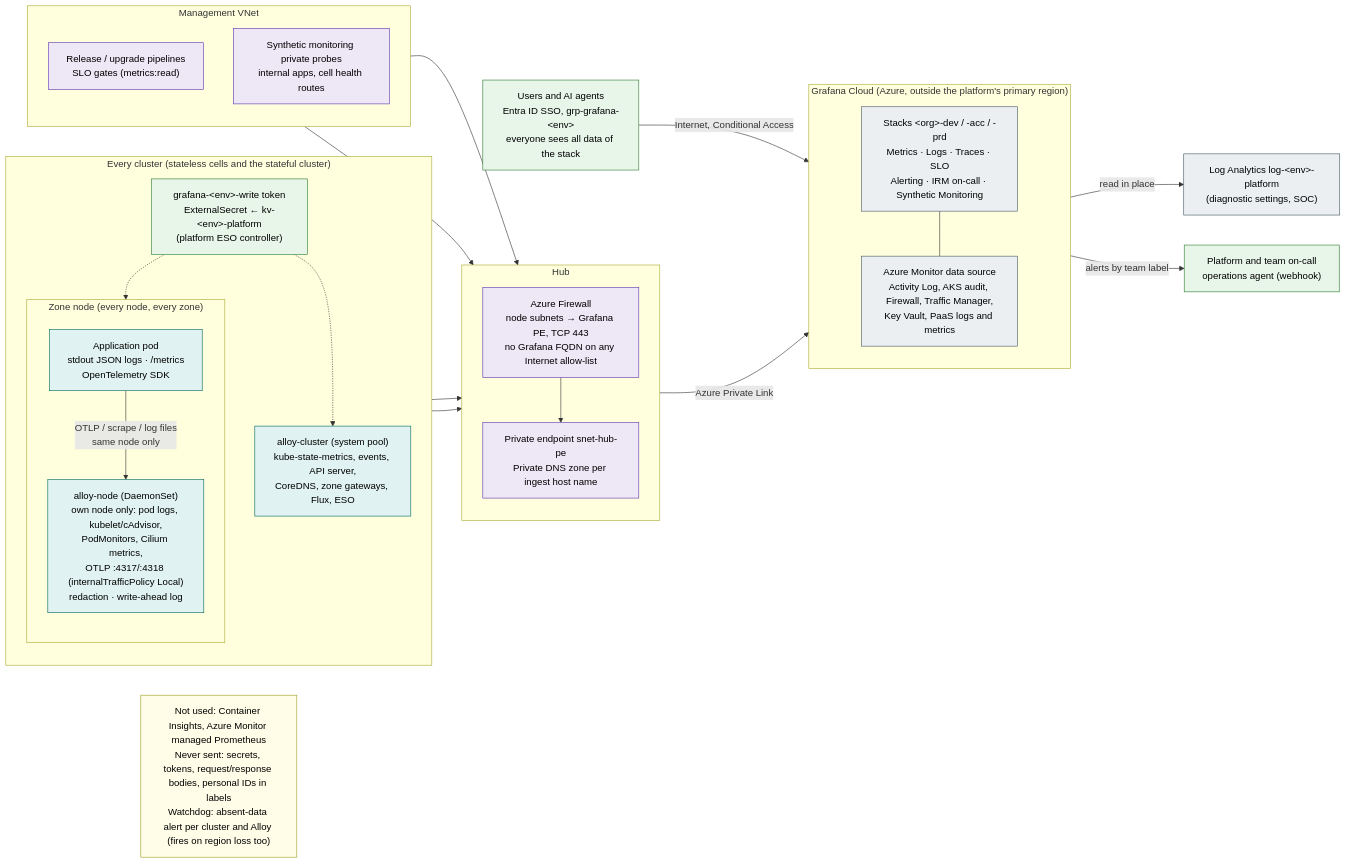
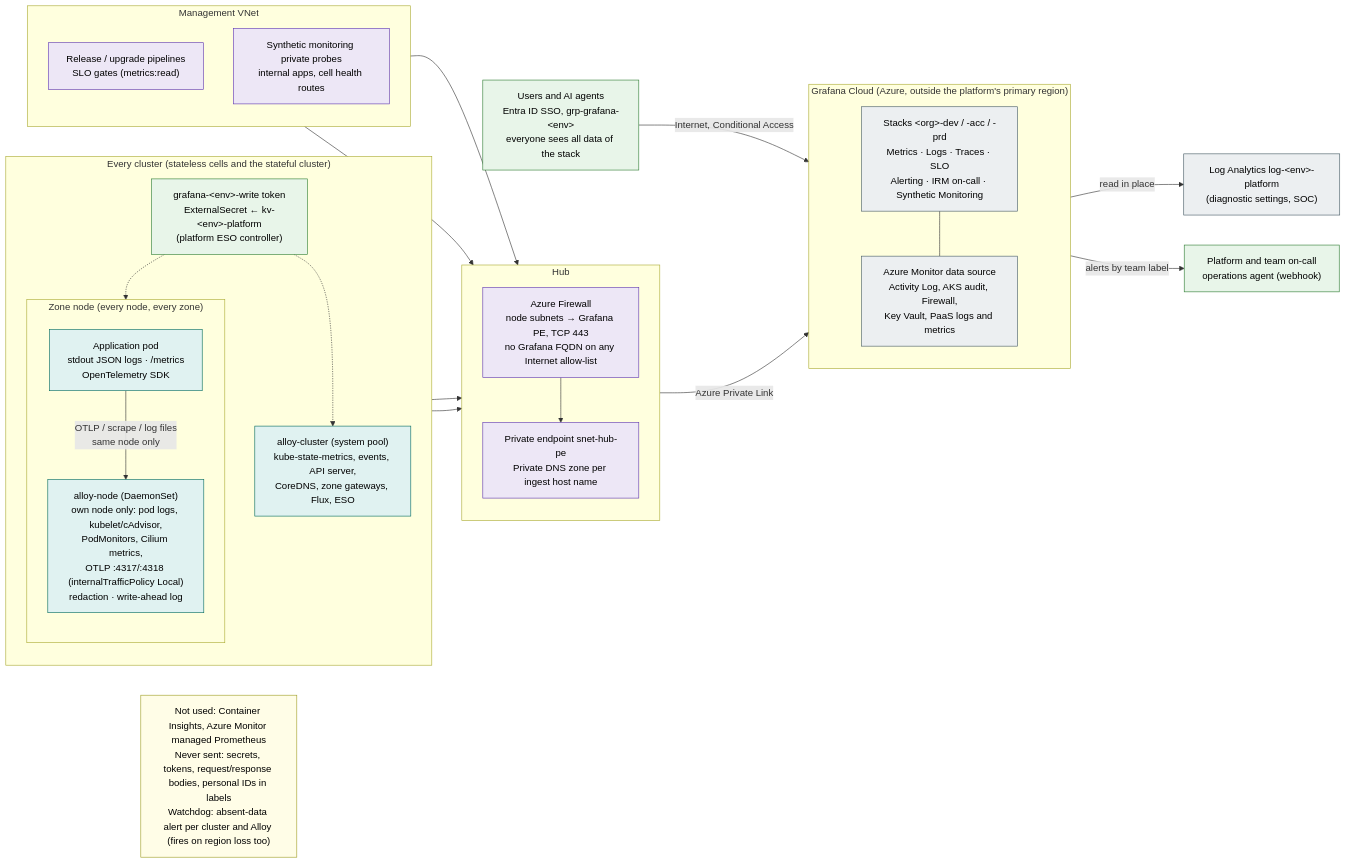
One commit to onek8s/onek8s.github.io changed the diagram in diagrams/6.2-observability.mmd. Above: the diagram before and after it, drawn with Mermaid. The commit also changed 54 other files, not shown here.

First line of the commit message:
v5.0: App Routing only, managed DNS, no Traffic Manager (requirements 0.3 adjusted) (#130)

```diff
--- a/diagrams/6.2-observability.mmd
+++ b/diagrams/6.2-observability.mmd
@@ -1,64 +1,64 @@
 %% Observability with Grafana Cloud: node-local Grafana Alloy in every cluster, Private Link from the hub,
 %% one stack per environment outside the platform's region; anyone who can sign in to a stack sees all its data.
 %% Azure-produced logs stay in Log Analytics and are read in place by the Azure Monitor data source.
 flowchart LR
     subgraph CL["Every cluster (stateless cells and the stateful cluster)"]
         direction TB
         subgraph NODE["Zone node (every node, every zone)"]
             direction TB
             app["Application pod<br/>stdout JSON logs · /metrics<br/>OpenTelemetry SDK"]
             an["alloy-node (DaemonSet)<br/>own node only: pod logs, kubelet/cAdvisor,<br/>PodMonitors, Cilium metrics,<br/>OTLP :4317/:4318 (internalTrafficPolicy Local)<br/>redaction · write-ahead log"]
         end
         ac["alloy-cluster (system pool)<br/>kube-state-metrics, events, API server,<br/>CoreDNS, zone gateways, Flux, ESO"]
         tok["grafana-&lt;env&gt;-write token<br/>ExternalSecret ← kv-&lt;env&gt;-platform<br/>(platform ESO controller)"]
     end
 
     subgraph HUB["Hub"]
         direction TB
         fw["Azure Firewall<br/>node subnets → Grafana PE, TCP 443<br/>no Grafana FQDN on any Internet allow-list"]
         pe["Private endpoint snet-hub-pe<br/>Private DNS zone per ingest host name"]
     end
 
     subgraph MG["Management VNet"]
         direction TB
         pipe["Release / upgrade pipelines<br/>SLO gates (metrics:read)"]
         probe["Synthetic monitoring private probes<br/>internal apps, cell health routes"]
     end
 
     subgraph GC["Grafana Cloud (Azure, outside the platform's primary region)"]
         direction TB
         stack["Stacks &lt;org&gt;-dev / -acc / -prd<br/>Metrics · Logs · Traces · SLO<br/>Alerting · IRM on-call · Synthetic Monitoring"]
-        amds["Azure Monitor data source<br/>Activity Log, AKS audit, Firewall, Traffic Manager,<br/>Key Vault, PaaS logs and metrics"]
+        amds["Azure Monitor data source<br/>Activity Log, AKS audit, Firewall,<br/>Key Vault, PaaS logs and metrics"]
     end
 
     law["Log Analytics log-&lt;env&gt;-platform<br/>(diagnostic settings, SOC)"]
     users["Users and AI agents<br/>Entra ID SSO, grp-grafana-&lt;env&gt;<br/>everyone sees all data of the stack"]
     oncall["Platform and team on-call<br/>operations agent (webhook)"]
 
     app -->|"OTLP / scrape / log files<br/>same node only"| an
     tok -.-> an
     tok -.-> ac
     an --> fw
     ac --> fw
     fw --> pe
     pipe --> pe
     probe --> pe
     pe -->|"Azure Private Link"| stack
     stack --- amds
     amds -->|"read in place"| law
     users -->|"Internet, Conditional Access"| stack
     stack -->|"alerts by team label"| oncall
 
     note["Not used: Container Insights, Azure Monitor managed Prometheus<br/>Never sent: secrets, tokens, request/response bodies, personal IDs in labels<br/>Watchdog: absent-data alert per cluster and Alloy (fires on region loss too)"]
 
     classDef cp fill:#eceff1,stroke:#455a64,color:#000
     classDef sl fill:#e0f2f1,stroke:#00695c,color:#000
     classDef hub fill:#ede7f6,stroke:#5e35b1,color:#000
     classDef id fill:#e8f5e9,stroke:#2e7d32,color:#000
     classDef note fill:#fffde7,stroke:#9e9d24,color:#000
     class app,an,ac sl
     class tok id
     class fw,pe,pipe,probe hub
     class stack,amds,law cp
     class users,oncall id
     class note note
```
